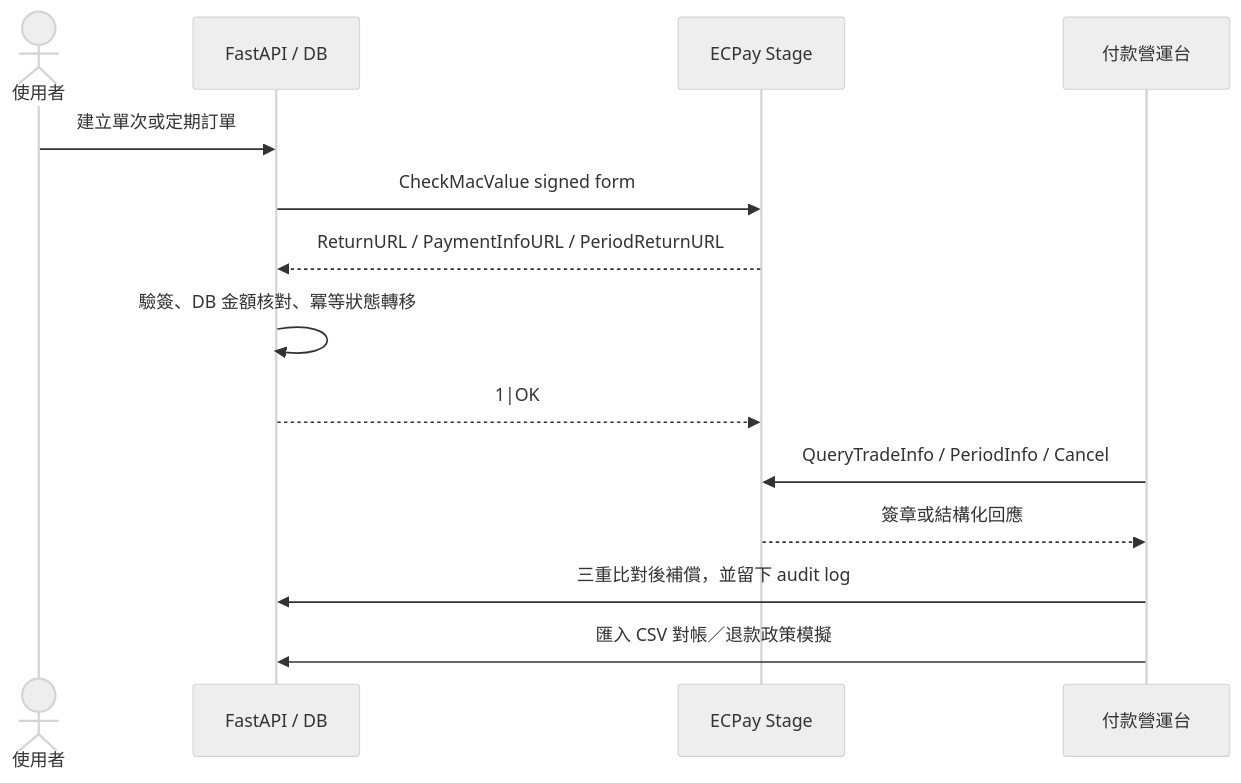
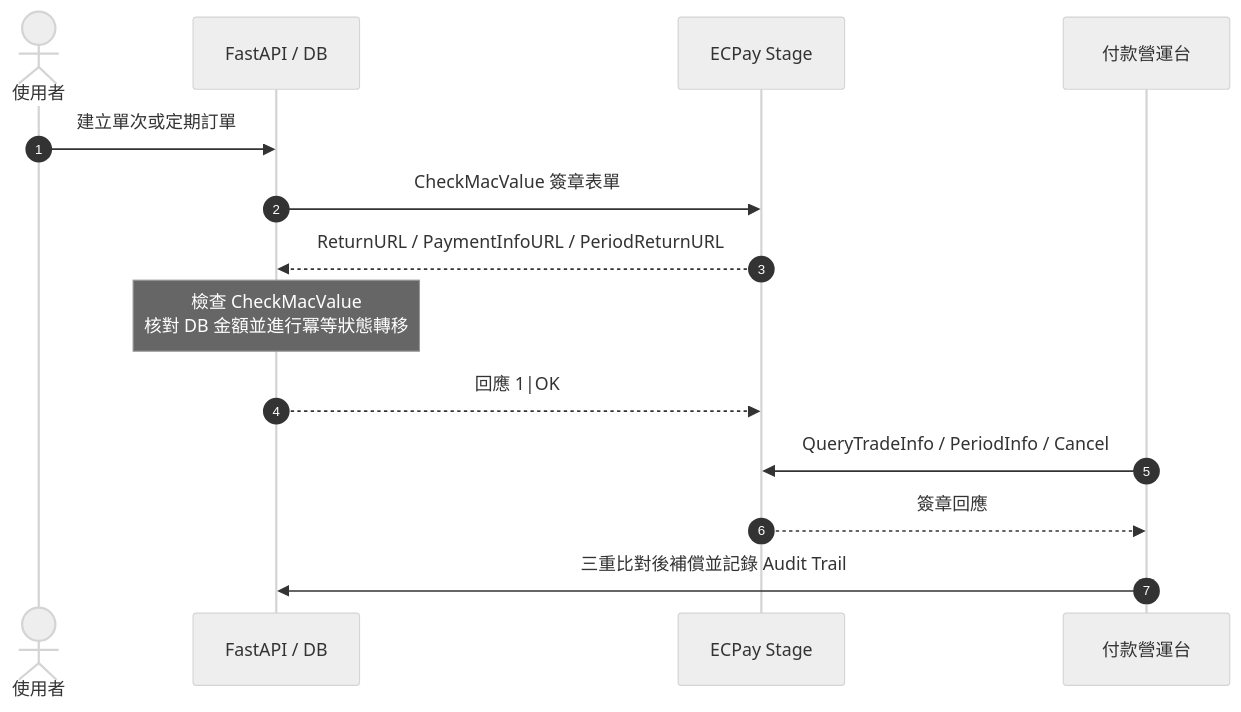
Before and after one commit to kuotunyu/twpay-payment-lifecycle: the diagram in README.md, drawn with Mermaid (neutral theme). The commit also changed other lines of this file and 1 other file, not shown here.

Commit message:
docs: overhaul README with sequence diagram and update .gitignore for security

````diff
--- a/README.md
+++ b/README.md
@@ -56,16 +30,16 @@
 ```mermaid
 sequenceDiagram
+    autonumber
     actor User as 使用者
     participant App as FastAPI / DB
     participant ECPay as ECPay Stage
     participant Ops as 付款營運台
     User->>App: 建立單次或定期訂單
-    App->>ECPay: CheckMacValue signed form
+    App->>ECPay: CheckMacValue 簽章表單
     ECPay-->>App: ReturnURL / PaymentInfoURL / PeriodReturnURL
-    App->>App: 驗簽、DB 金額核對、冪等狀態轉移
-    App-->>ECPay: 1|OK
+    Note over App: 檢查 CheckMacValue<br/>核對 DB 金額並進行冪等狀態轉移
+    App-->>ECPay: 回應 1|OK
     Ops->>ECPay: QueryTradeInfo / PeriodInfo / Cancel
-    ECPay-->>Ops: 簽章或結構化回應
-    Ops->>App: 三重比對後補償，並留下 audit log
-    Ops->>App: 匯入 CSV 對帳／退款政策模擬
+    ECPay-->>Ops: 簽章回應
+    Ops->>App: 三重比對後補償並記錄 Audit Trail
 ```
````
